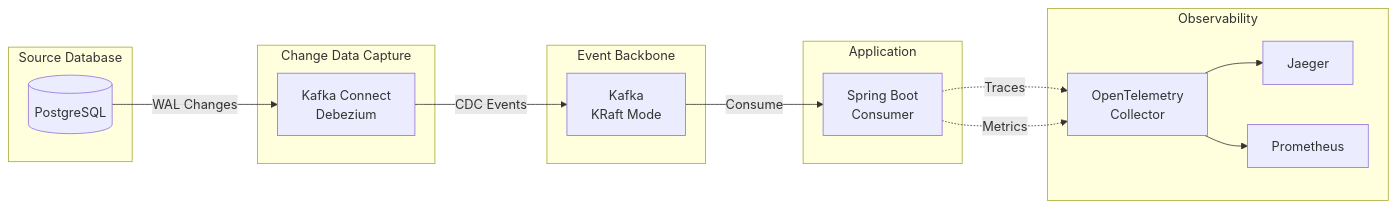
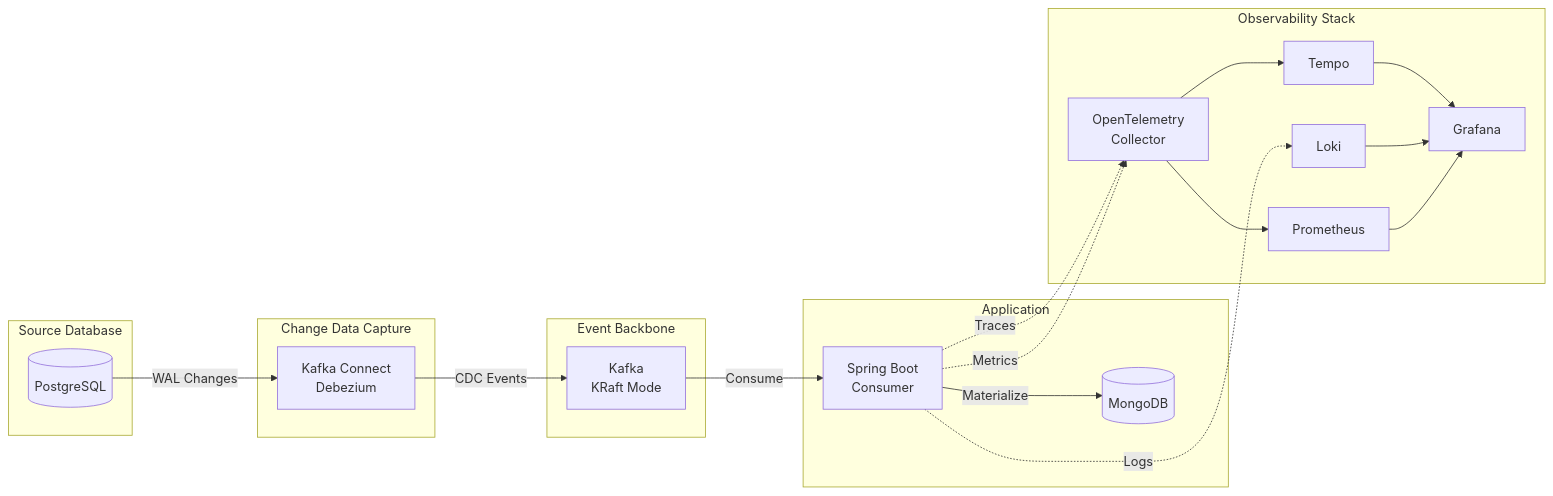
The diagram in cdc-debezium/README.md (cebartling/spring-boot-spikes), drawn with Mermaid before and after one commit. The commit also changed other lines of this file and 19 other files, not shown here.

````diff
--- a/cdc-debezium/README.md
+++ b/cdc-debezium/README.md
@@ -18,32 +18,40 @@
 ```mermaid
 flowchart LR
     subgraph Source["Source Database"]
         PG[(PostgreSQL)]
     end
 
     subgraph CDC["Change Data Capture"]
         KC[Kafka Connect<br/>Debezium]
     end
 
     subgraph Messaging["Event Backbone"]
         K[Kafka<br/>KRaft Mode]
     end
 
     subgraph App["Application"]
         SB[Spring Boot<br/>Consumer]
+        MG[(MongoDB)]
     end
 
-    subgraph Observability["Observability"]
+    subgraph Observability["Observability Stack"]
         OT[OpenTelemetry<br/>Collector]
-        J[Jaeger]
+        T[Tempo]
+        L[Loki]
         P[Prometheus]
+        G[Grafana]
     end
 
     PG -->|WAL Changes| KC
     KC -->|CDC Events| K
     K -->|Consume| SB
+    SB -->|Materialize| MG
     SB -.->|Traces| OT
     SB -.->|Metrics| OT
-    OT --> J
+    SB -.->|Logs| L
+    OT --> T
     OT --> P
+    T --> G
+    L --> G
+    P --> G
 ```
````
